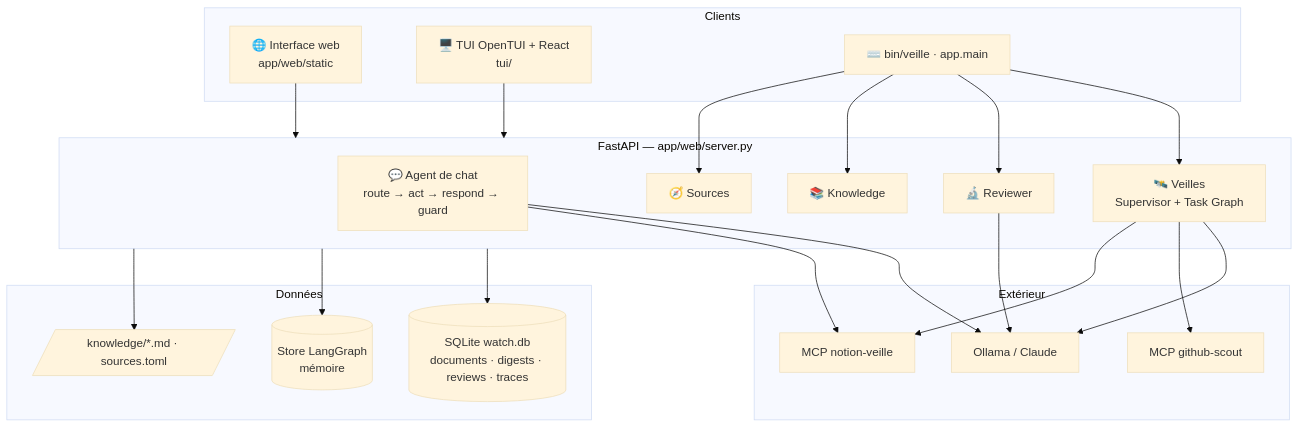
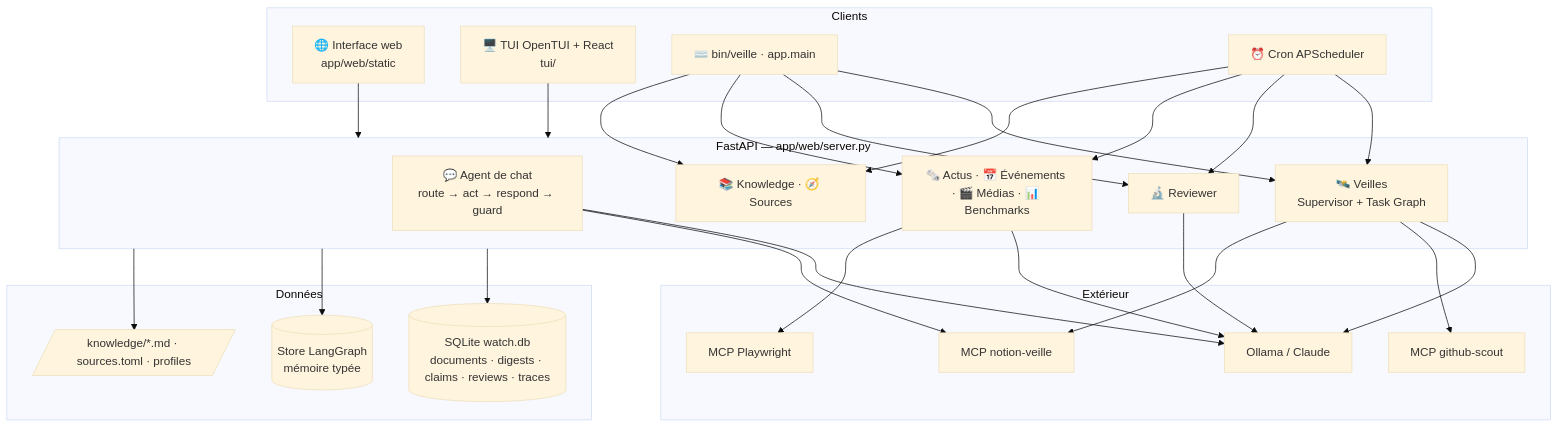
The second of 2 diagrams in README.md (Symfomany/wax-demo), drawn with Mermaid (base theme) before and after one commit. The commit also changed other lines of this file, not shown here.

````diff
--- a/README.md
+++ b/README.md
@@ -304,31 +247,34 @@
 ```mermaid
 flowchart TB
     subgraph Clients
         WEB[🌐 Interface web<br/>app/web/static]
         TUI[🖥️ TUI OpenTUI + React<br/>tui/]
         CLI[⌨️ bin/veille · app.main]
+        CRON[⏰ Cron APScheduler]
     end
     subgraph Serveur["FastAPI — app/web/server.py"]
         CHAT[💬 Agent de chat<br/>route → act → respond → guard]
         RUNS[🛰️ Veilles<br/>Supervisor + Task Graph]
         REV[🔬 Reviewer]
-        KB[📚 Knowledge]
-        SRC[🧭 Sources]
+        NEWS[🗞️ Actus · 📅 Événements · 🎬 Médias · 📊 Benchmarks]
+        KB[📚 Knowledge · 🧭 Sources]
     end
     subgraph Données
-        SQL[(SQLite watch.db<br/>documents · digests · reviews · traces)]
-        STORE[(Store LangGraph<br/>mémoire)]
-        MD[/knowledge/*.md · sources.toml/]
+        SQL[(SQLite watch.db<br/>documents · digests · claims · reviews · traces)]
+        STORE[(Store LangGraph<br/>mémoire typée)]
+        MD[/knowledge/*.md · sources.toml · profiles/]
     end
     subgraph Extérieur
         LLM[Ollama / Claude]
         MCPG[MCP github-scout]
         MCPN[MCP notion-veille]
+        MCPP[MCP Playwright]
     end
     WEB & TUI --> Serveur
-    CLI --> RUNS & REV & KB & SRC
-    CHAT & RUNS & REV --> LLM
+    CLI & CRON --> RUNS & REV & NEWS & KB
+    CHAT & RUNS & REV & NEWS --> LLM
     RUNS --> MCPG
     RUNS & CHAT --> MCPN
+    NEWS --> MCPP
     Serveur --> SQL & STORE & MD
 ```
````
